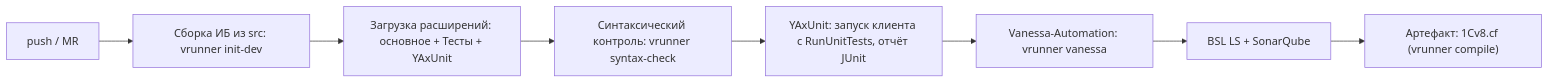
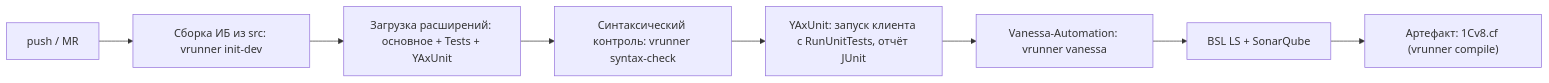
One commit to Alferac/1C changed the fifth of 6 diagrams in modules/14-team-dev-quality.md. Above: the diagram before and after it, drawn with Mermaid. The commit also changed other lines of this file and 7 other files, not shown here.

````diff
--- a/modules/14-team-dev-quality.md
+++ b/modules/14-team-dev-quality.md
@@ -339,10 +339,10 @@
 ```mermaid
 flowchart LR
     P["push / MR"] --> B["Сборка ИБ из src: vrunner init-dev"]
-    B --> E["Загрузка расширений: основное + Тесты + YAxUnit"]
+    B --> E["Загрузка расширений: основное + Tests + YAxUnit"]
     E --> S["Синтаксический контроль: vrunner syntax-check"]
     S --> U["YAxUnit: запуск клиента с RunUnitTests, отчёт JUnit"]
     U --> V["Vanessa-Automation: vrunner vanessa"]
     V --> Q["BSL LS + SonarQube"]
     Q --> A["Артефакт: 1Cv8.cf (vrunner compile)"]
 ```
````
